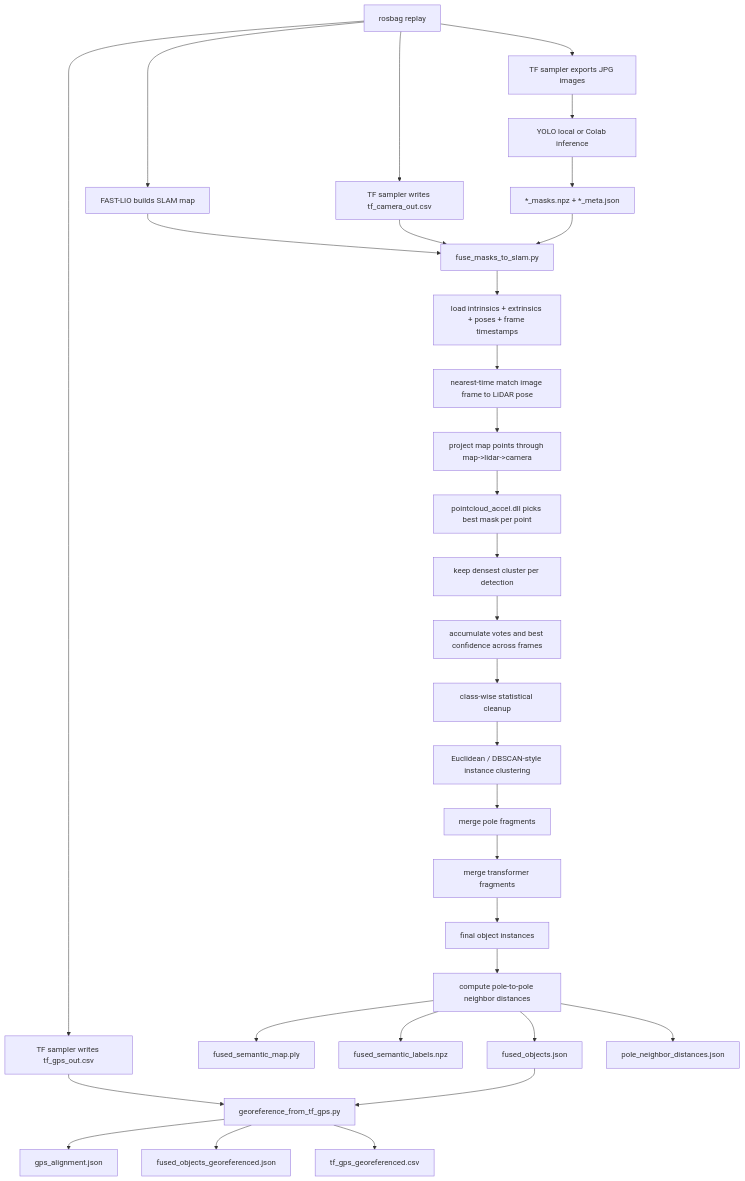
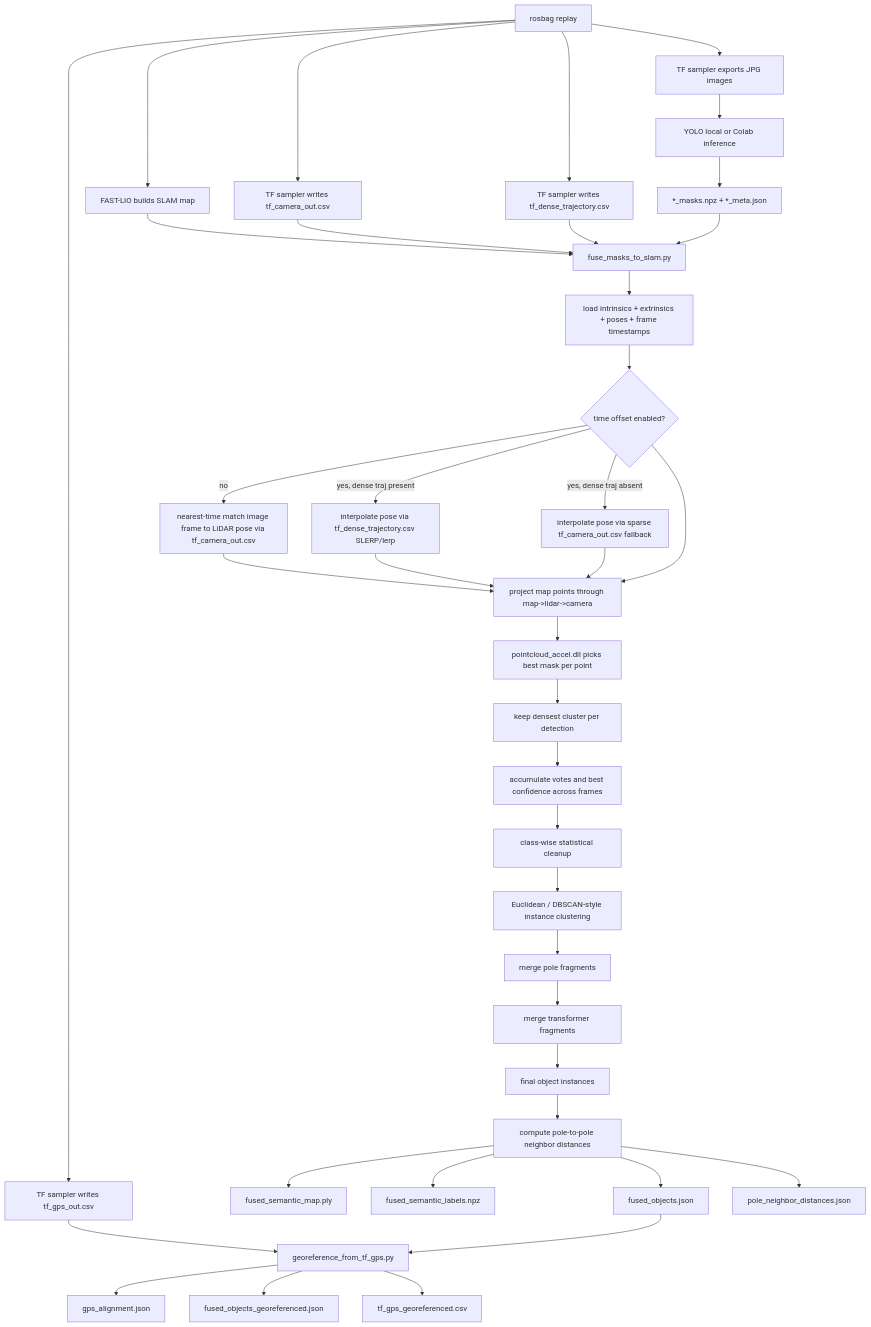
One commit to nathanvance/ENGR498-GUI-Project changed the diagram in ENGR-498-Project/backend_docs/04-fusion.md. Above: the diagram before and after it, drawn with Mermaid. The commit also changed other lines of this file and 17 other files, not shown here.

Commit message:
unify dense trajectory timestamps

````diff
--- a/ENGR-498-Project/backend_docs/04-fusion.md
+++ b/ENGR-498-Project/backend_docs/04-fusion.md
@@ -43,33 +45,41 @@
 ```mermaid
 flowchart TD
     A[rosbag replay] --> B[FAST-LIO builds SLAM map]
     A --> C[TF sampler exports JPG images]
     A --> D[TF sampler writes tf_camera_out.csv]
+    A --> D2[TF sampler writes tf_dense_trajectory.csv]
     A --> E[TF sampler writes tf_gps_out.csv]
     C --> F[YOLO local or Colab inference]
     F --> G[*_masks.npz + *_meta.json]
     B --> H[fuse_masks_to_slam.py]
     D --> H
+    D2 --> H
     G --> H
     H --> I[load intrinsics + extrinsics + poses + frame timestamps]
-    I --> J[nearest-time match image frame to LiDAR pose]
+    I --> J{time offset enabled?}
+    J -- no --> J1[nearest-time match image frame to LiDAR pose via tf_camera_out.csv]
+    J -- yes, dense traj present --> J2[interpolate pose via tf_dense_trajectory.csv SLERP/lerp]
+    J -- yes, dense traj absent --> J3[interpolate pose via sparse tf_camera_out.csv fallback]
+    J1 --> K[project map points through map->lidar->camera]
+    J2 --> K
+    J3 --> K
     J --> K[project map points through map->lidar->camera]
     K --> L[pointcloud_accel.dll picks best mask per point]
     L --> M[keep densest cluster per detection]
     M --> N[accumulate votes and best confidence across frames]
     N --> O[class-wise statistical cleanup]
     O --> P[Euclidean / DBSCAN-style instance clustering]
     P --> Q[merge pole fragments]
     Q --> R[merge transformer fragments]
     R --> S[final object instances]
     S --> T[compute pole-to-pole neighbor distances]
     T --> U[fused_semantic_map.ply]
     T --> V[fused_semantic_labels.npz]
     T --> W[fused_objects.json]
     T --> X[pole_neighbor_distances.json]
     E --> Y[georeference_from_tf_gps.py]
     W --> Y
     Y --> Z[gps_alignment.json]
     Y --> AA[fused_objects_georeferenced.json]
     Y --> AB[tf_gps_georeferenced.csv]
 ```
````
